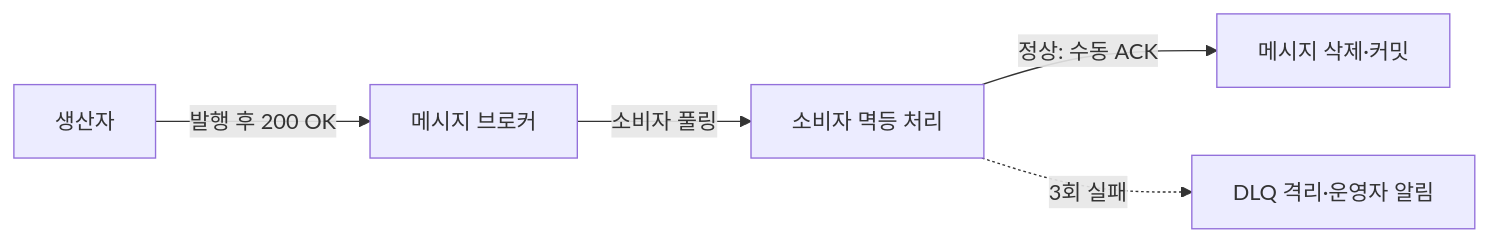
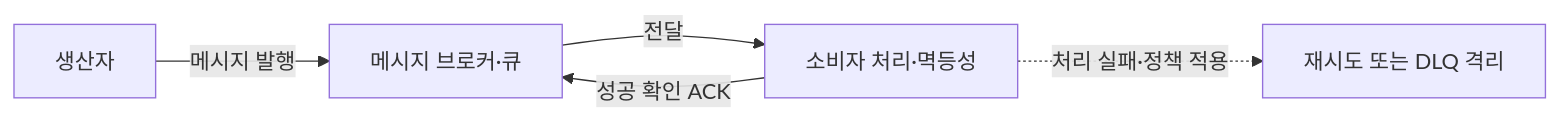
Before and after one commit to agnusdei1207/study: the second of 3 diagrams in src/content/docs/notes/itpe/02-software-engineering/140_message_queue.md, drawn with Mermaid. The commit also changed other lines of this file and 31 other files, not shown here.

````diff
--- a/src/content/docs/notes/itpe/02-software-engineering/140_message_queue.md
+++ b/src/content/docs/notes/itpe/02-software-engineering/140_message_queue.md
@@ -100,7 +112,7 @@
 ```mermaid
 flowchart LR
-    P["생산자"] -->|"발행 후 200 OK"| MQ["메시지 브로커"]
-    MQ -->|"소비자 풀링"| C["소비자 멱등 처리"]
-    C -->|"정상: 수동 ACK"| OK["메시지 삭제·커밋"]
-    C -.->|"3회 실패"| DLQ["DLQ 격리·운영자 알림"]
+    P["생산자"] -->|"메시지 발행"| MQ["메시지 브로커·큐"]
+    MQ -->|"전달"| C["소비자 처리·멱등성"]
+    C -->|"성공 확인 ACK"| MQ
+    C -.->|"처리 실패·정책 적용"| R["재시도 또는 DLQ 격리"]
 ```
````
